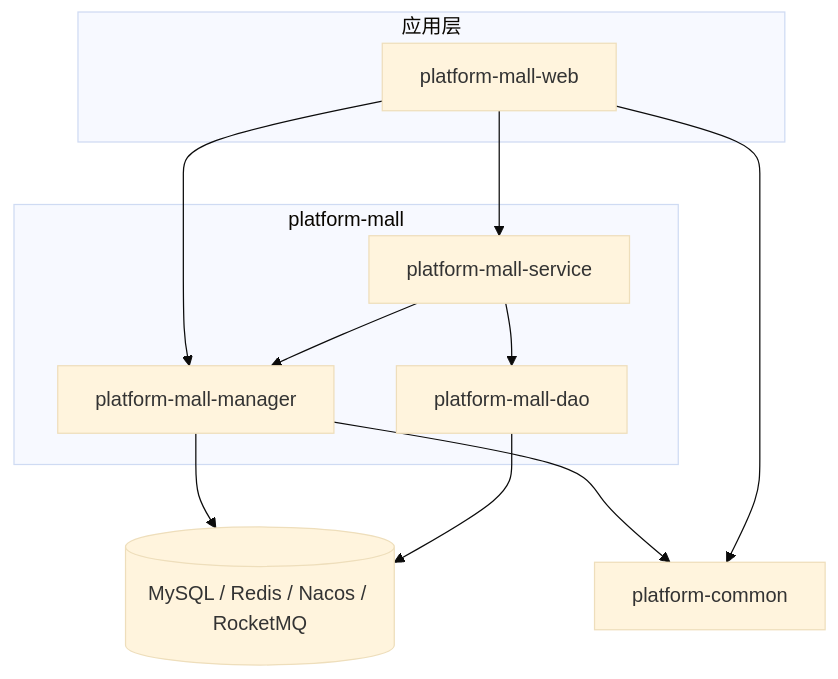
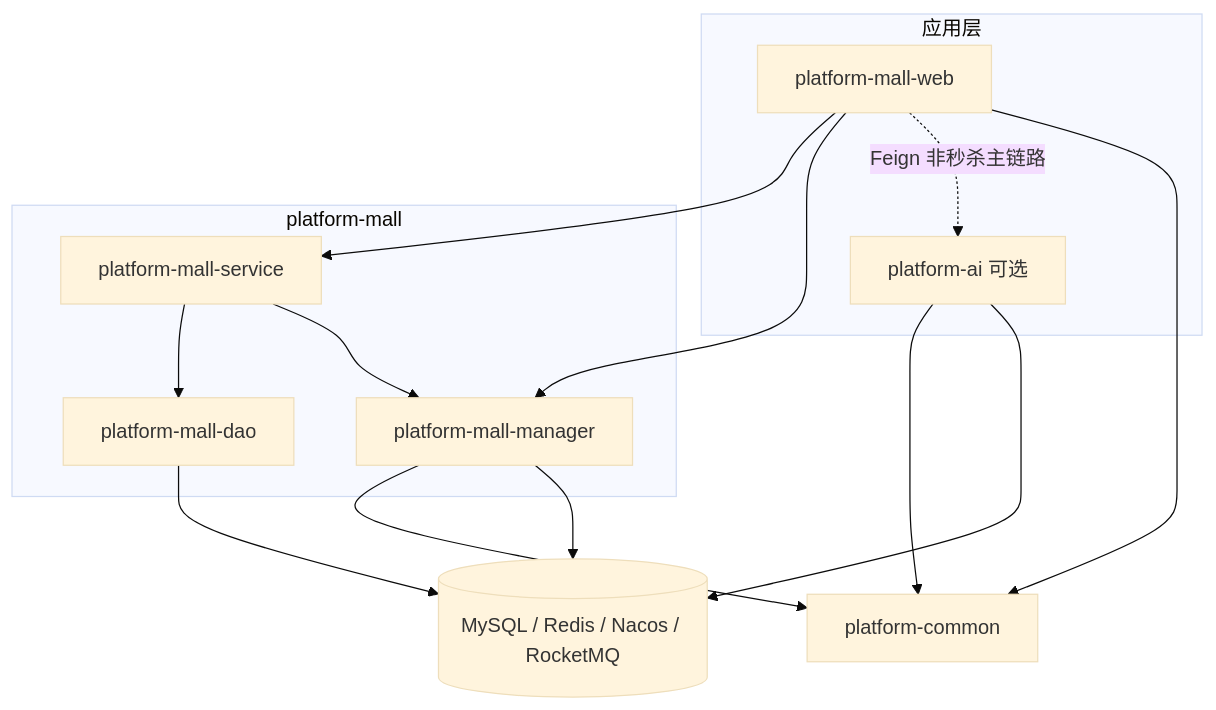
Before and after one commit to wangjia2016/platform-open: the first of 2 diagrams in docs/ARCHITECTURE.md, drawn with Mermaid (base theme). The commit also changed other lines of this file and 4 other files, not shown here.

First line of the commit message:
docs: 重绘 README 项目架构图

````diff
--- a/docs/ARCHITECTURE.md
+++ b/docs/ARCHITECTURE.md
@@ -18,22 +21,26 @@
 ```mermaid
 flowchart TB
   subgraph apps [应用层]
     WEB[platform-mall-web]
+    AI[platform-ai 可选]
   end
   subgraph mall [platform-mall]
     SVC[platform-mall-service]
     MGR[platform-mall-manager]
     DAO[platform-mall-dao]
   end
   COMMON[platform-common]
   INFRA[(MySQL / Redis / Nacos / RocketMQ)]
 
   WEB --> SVC
   WEB --> MGR
+  WEB -.->|Feign 非秒杀主链路| AI
   SVC --> DAO
   SVC --> MGR
   MGR --> COMMON
   WEB --> COMMON
+  AI --> COMMON
   MGR --> INFRA
   DAO --> INFRA
+  AI --> INFRA
 ```
````
